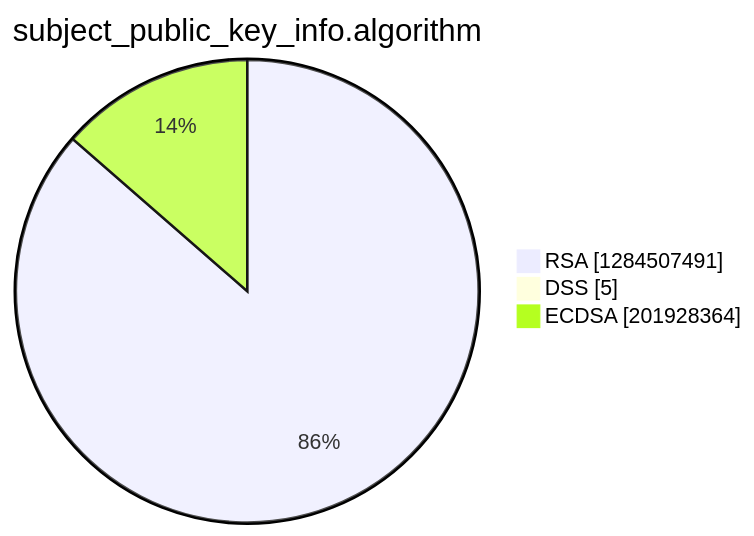
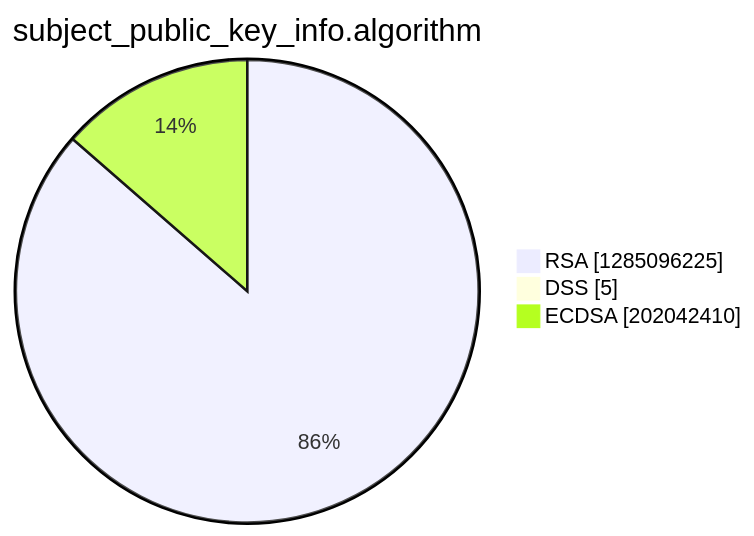
One commit to christiankrug/ctmonitor_visualization changed the third of 15 diagrams in argon2022/README.md. Above: the diagram before and after it, drawn with Mermaid. The commit also changed other lines of this file, not shown here.

````diff
--- a/argon2022/README.md
+++ b/argon2022/README.md
@@ -14,7 +14,7 @@
 ```mermaid
 pie showData
 title subject_public_key_info.algorithm
-"RSA" :1284507491
+"RSA" :1285096225
 "DSS" :5
-"ECDSA" :201928364
+"ECDSA" :202042410
 ```
````
